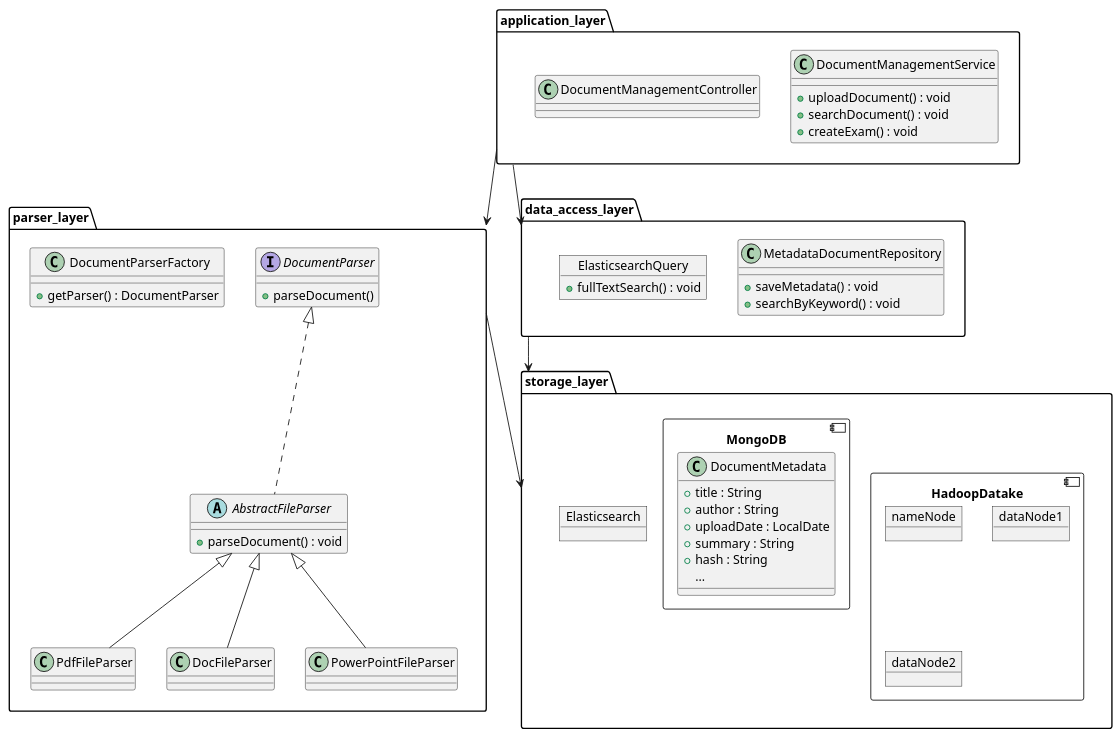
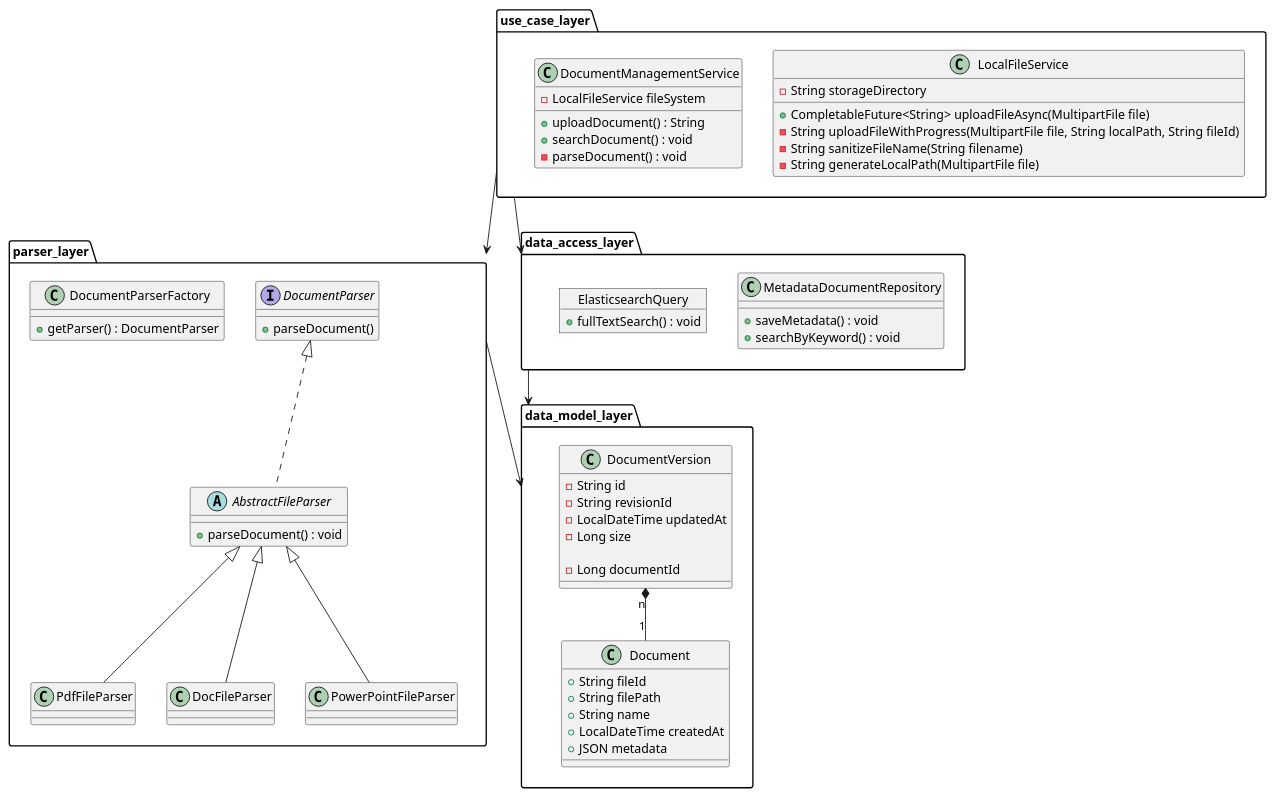
Before and after one commit to tammysensitive2312/SEM_Software_back-end: the diagram in src/main/java/org/example/sem_backend/modules/document_module/document/Document_management_class_diagram.puml, drawn with PlantUML. The commit also changed 11 other files, not shown here.

Commit message:
update upload file async and parse data

```diff
--- a/src/main/java/org/example/sem_backend/modules/document_module/document/Document_management_class_diagram.puml
+++ b/src/main/java/org/example/sem_backend/modules/document_module/document/Document_management_class_diagram.puml
@@ -1,66 +1,76 @@
 @startuml
 
-package application_layer {
+package use_case_layer {
+
+class LocalFileService {
+    - String storageDirectory
+    + CompletableFuture<String> uploadFileAsync(MultipartFile file)
+    - String uploadFileWithProgress(MultipartFile file, String localPath, String fileId)
+    - String sanitizeFileName(String filename)
+    - String generateLocalPath(MultipartFile file)
+    }
+
 class DocumentManagementService {
-    +uploadDocument() : void
+    - LocalFileService fileSystem
+    +uploadDocument() : String
     +searchDocument() : void
-    +createExam() : void
+    -parseDocument() : void
     }
-class DocumentManagementController {
-}
+
+'LocalFileService <.. DocumentManagementService
 }
 package parser_layer {
 interface DocumentParser {
     +parseDocument()
 }
 
 abstract class AbstractFileParser implements DocumentParser {
     +parseDocument() : void
 }
 
 class PdfFileParser extends AbstractFileParser {}
 class DocFileParser extends AbstractFileParser {}
 class PowerPointFileParser extends AbstractFileParser {}
 
 
 class DocumentParserFactory {
     +getParser() : DocumentParser
 }
 }
 package data_access_layer {
 class MetadataDocumentRepository {
     +saveMetadata() : void
     +searchByKeyword() : void
 }
 object ElasticsearchQuery {
     +fullTextSearch() : void
     }
 
 
 }
-package storage_layer {
-component HadoopDatake {
-object nameNode
-object dataNode1
-object dataNode2
+package data_model_layer {
+class Document {
++ String fileId
++ String filePath
++ String name
++ LocalDateTime createdAt
++ JSON metadata
 }
-object Elasticsearch
-component MongoDB {
-class DocumentMetadata {
-    +title : String
-    +author : String
-    +uploadDate : LocalDate
-    +summary : String
-    +hash : String
-    ...
-    }\
+class DocumentVersion {
+- String id
+- String revisionId
+- LocalDateTime updatedAt
+- Long size
 
-}
+- Long documentId
 }
 
-application_layer --> parser_layer
-application_layer --> data_access_layer
-parser_layer --> storage_layer
-data_access_layer --> storage_layer
+DocumentVersion "n" *-- "1" Document
+}
+
+use_case_layer --> parser_layer
+use_case_layer --> data_access_layer
+parser_layer --> data_model_layer
+data_access_layer --> data_model_layer
 
 @enduml
```
